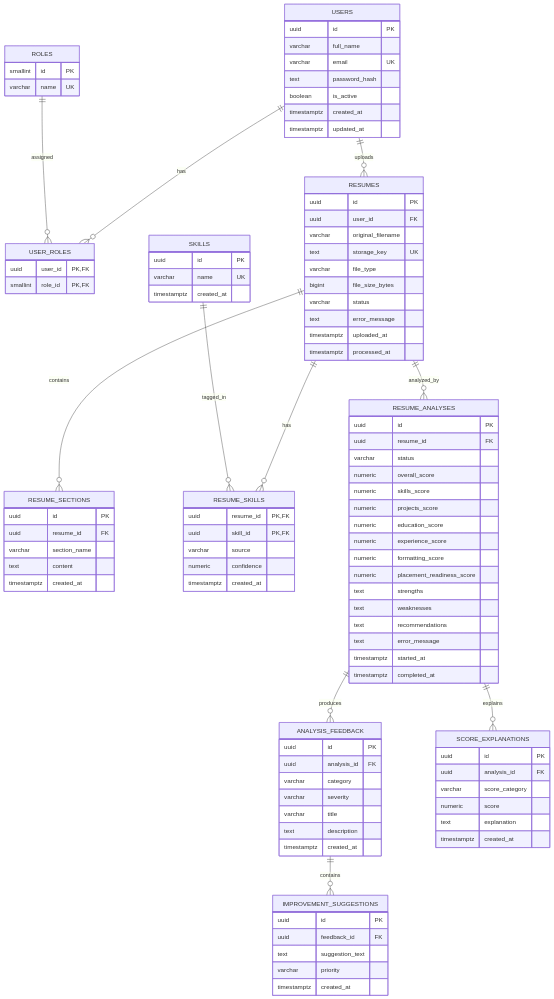
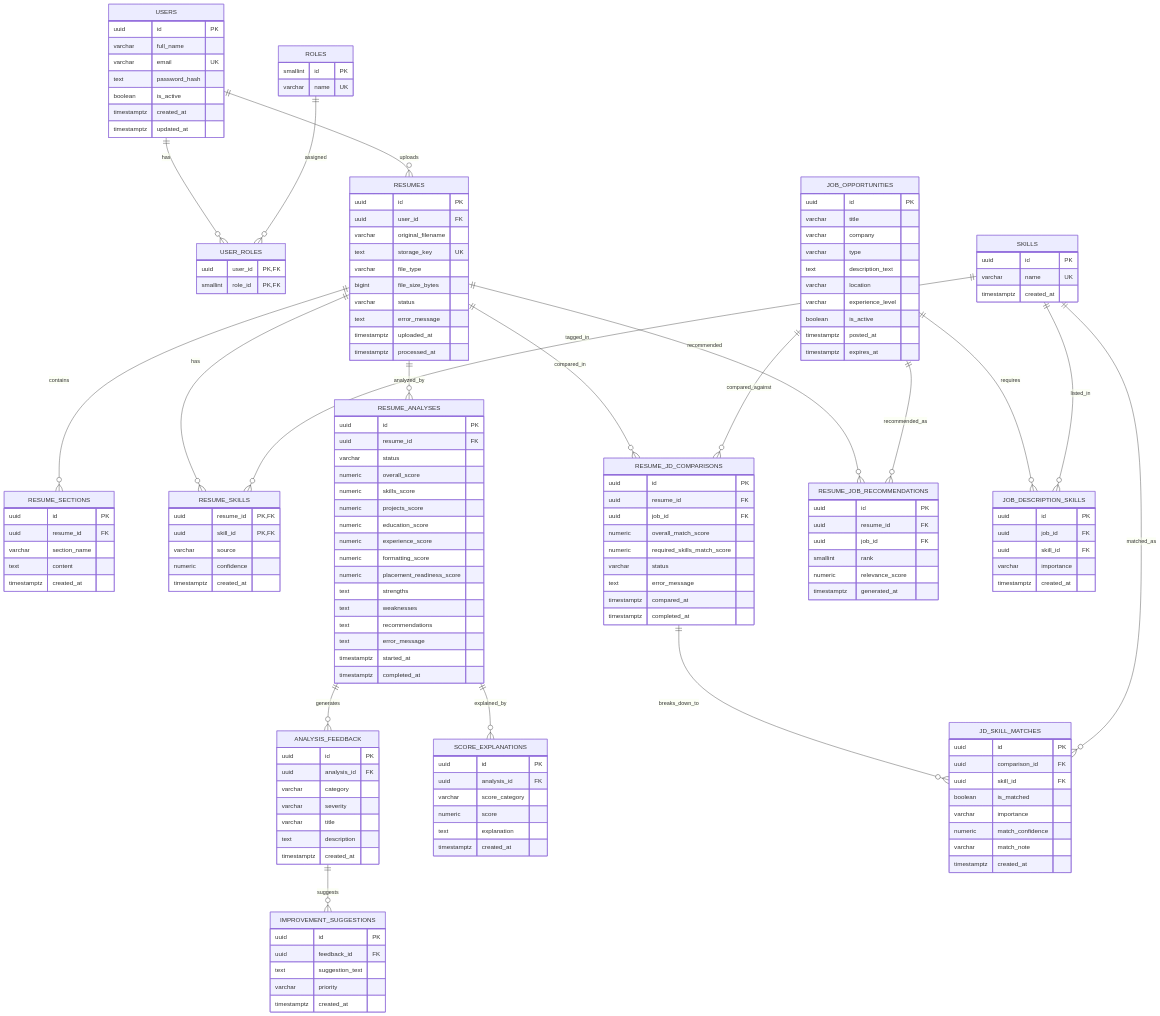
The diagram in database/erd.mmd (Tanvii13/Resume-Analyzer-for-College-Placements), drawn with Mermaid before and after one commit. The commit also changed 2 other files, not shown here.

Commit message:
feat(db): add Sprint 4 schema for job/internship matching
- Add job_opportunities table (US-12: job/internship listings)
- Add job_description_skills table (US-11/13: required vs preferred skills per job)
- Add resume_jd_comparisons table (US-11: resume vs job comparison with match scores)
- Add jd_skill_matches table (US-13: per-skill matched/missing breakdown with confidence)
- Add resume_job_recommendations table (US-12: ranked job recommendations per resume)
- Update schema.sql with Sprint 4 tables
- Update erd.mmd with Sprint 4 entities and relationships

Covers FR-08, FR-09, FR-10, DR-02, DR-03, DR-04

```diff
--- a/database/erd.mmd
+++ b/database/erd.mmd
@@ -1,113 +1,158 @@
-
 erDiagram
     USERS ||--o{ USER_ROLES : has
     ROLES ||--o{ USER_ROLES : assigned
     USERS ||--o{ RESUMES : uploads
     RESUMES ||--o{ RESUME_SECTIONS : contains
     RESUMES ||--o{ RESUME_SKILLS : has
     RESUMES ||--o{ RESUME_ANALYSES : analyzed_by
     SKILLS ||--o{ RESUME_SKILLS : tagged_in
-    RESUME_ANALYSES ||--o{ ANALYSIS_FEEDBACK : produces
-    ANALYSIS_FEEDBACK ||--o{ IMPROVEMENT_SUGGESTIONS : contains
-    RESUME_ANALYSES ||--o{ SCORE_EXPLANATIONS : explains
+    RESUME_ANALYSES ||--o{ ANALYSIS_FEEDBACK : generates
+    RESUME_ANALYSES ||--o{ SCORE_EXPLANATIONS : explained_by
+    ANALYSIS_FEEDBACK ||--o{ IMPROVEMENT_SUGGESTIONS : suggests
+    RESUMES ||--o{ RESUME_JD_COMPARISONS : compared_in
+    RESUMES ||--o{ RESUME_JOB_RECOMMENDATIONS : recommended
+    JOB_OPPORTUNITIES ||--o{ JOB_DESCRIPTION_SKILLS : requires
+    JOB_OPPORTUNITIES ||--o{ RESUME_JD_COMPARISONS : compared_against
+    JOB_OPPORTUNITIES ||--o{ RESUME_JOB_RECOMMENDATIONS : recommended_as
+    SKILLS ||--o{ JOB_DESCRIPTION_SKILLS : listed_in
+    RESUME_JD_COMPARISONS ||--o{ JD_SKILL_MATCHES : breaks_down_to
+    SKILLS ||--o{ JD_SKILL_MATCHES : matched_as
 
     USERS {
         uuid id PK
         varchar full_name
         varchar email UK
         text password_hash
         boolean is_active
         timestamptz created_at
         timestamptz updated_at
     }
-
     ROLES {
         smallint id PK
         varchar name UK
     }
-
     USER_ROLES {
         uuid user_id PK, FK
         smallint role_id PK, FK
     }
-
     RESUMES {
         uuid id PK
         uuid user_id FK
         varchar original_filename
         text storage_key UK
         varchar file_type
         bigint file_size_bytes
         varchar status
         text error_message
         timestamptz uploaded_at
         timestamptz processed_at
     }
-
     RESUME_SECTIONS {
         uuid id PK
         uuid resume_id FK
         varchar section_name
         text content
         timestamptz created_at
     }
-
     SKILLS {
         uuid id PK
         varchar name UK
         timestamptz created_at
     }
-
     RESUME_SKILLS {
         uuid resume_id PK, FK
         uuid skill_id PK, FK
         varchar source
         numeric confidence
         timestamptz created_at
     }
-
     RESUME_ANALYSES {
         uuid id PK
         uuid resume_id FK
         varchar status
         numeric overall_score
         numeric skills_score
         numeric projects_score
         numeric education_score
         numeric experience_score
         numeric formatting_score
         numeric placement_readiness_score
         text strengths
         text weaknesses
         text recommendations
         text error_message
         timestamptz started_at
         timestamptz completed_at
     }
-
     ANALYSIS_FEEDBACK {
         uuid id PK
         uuid analysis_id FK
         varchar category
         varchar severity
         varchar title
         text description
         timestamptz created_at
     }
-
     IMPROVEMENT_SUGGESTIONS {
         uuid id PK
         uuid feedback_id FK
         text suggestion_text
         varchar priority
         timestamptz created_at
     }
-
     SCORE_EXPLANATIONS {
         uuid id PK
         uuid analysis_id FK
         varchar score_category
         numeric score
         text explanation
         timestamptz created_at
     }
+    JOB_OPPORTUNITIES {
+        uuid id PK
+        varchar title
+        varchar company
+        varchar type
+        text description_text
+        varchar location
+        varchar experience_level
+        boolean is_active
+        timestamptz posted_at
+        timestamptz expires_at
+    }
+    JOB_DESCRIPTION_SKILLS {
+        uuid id PK
+        uuid job_id FK
+        uuid skill_id FK
+        varchar importance
+        timestamptz created_at
+    }
+    RESUME_JD_COMPARISONS {
+        uuid id PK
+        uuid resume_id FK
+        uuid job_id FK
+        numeric overall_match_score
+        numeric required_skills_match_score
+        varchar status
+        text error_message
+        timestamptz compared_at
+        timestamptz completed_at
+    }
+    JD_SKILL_MATCHES {
+        uuid id PK
+        uuid comparison_id FK
+        uuid skill_id FK
+        boolean is_matched
+        varchar importance
+        numeric match_confidence
+        varchar match_note
+        timestamptz created_at
+    }
+    RESUME_JOB_RECOMMENDATIONS {
+        uuid id PK
+        uuid resume_id FK
+        uuid job_id FK
+        smallint rank
+        numeric relevance_score
+        timestamptz generated_at
+    }
```
